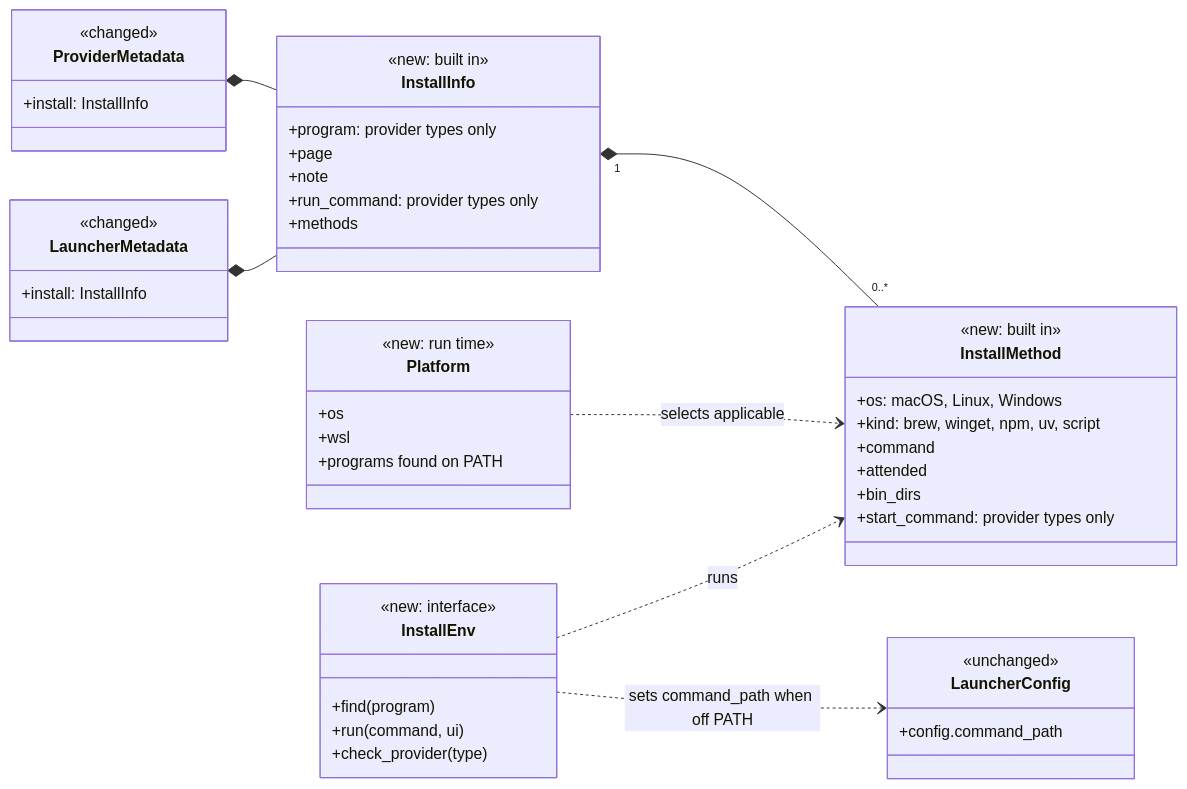
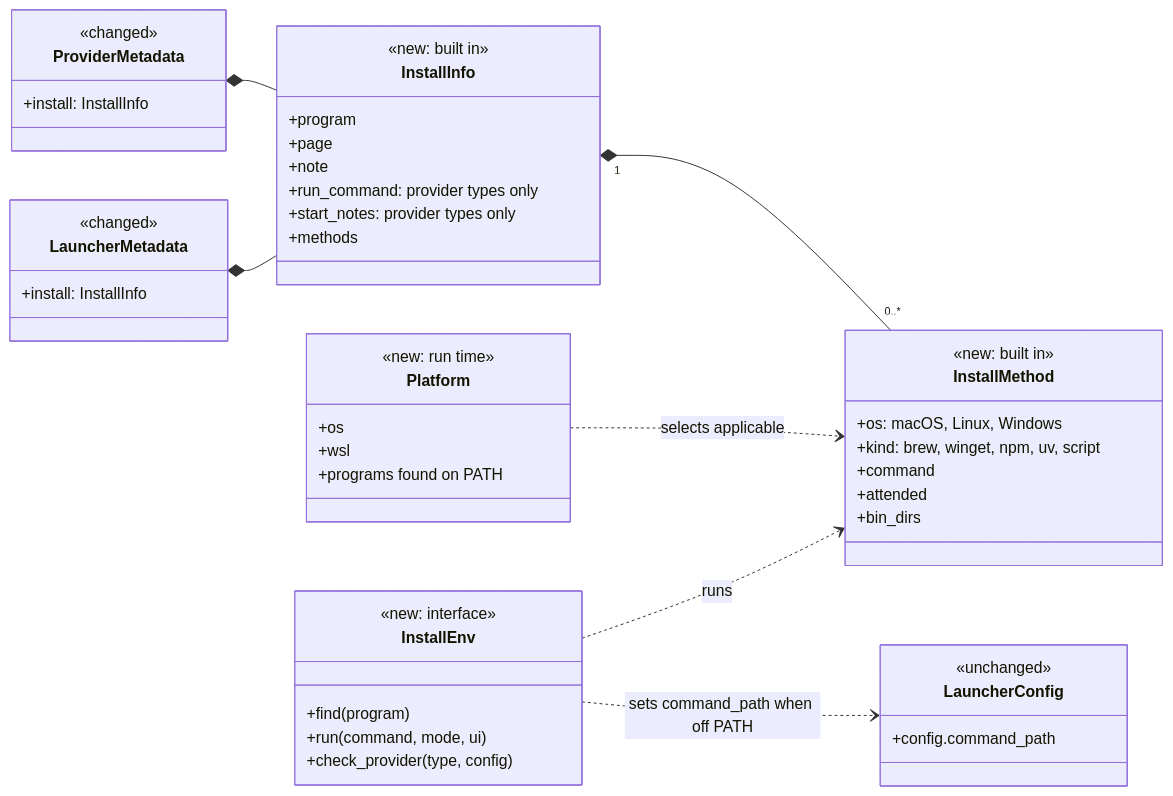
The third of 4 diagrams in docs/specs/0028-from-scratch-setup.md (afrittoli/granite-cli), drawn with Mermaid before and after one commit. The commit also changed other lines of this file, not shown here.

````diff
--- a/docs/specs/0028-from-scratch-setup.md
+++ b/docs/specs/0028-from-scratch-setup.md
@@ -632,51 +668,51 @@
 ```mermaid
 classDiagram
   direction LR
   class ProviderMetadata {
     <<changed>>
     +install: InstallInfo
   }
   class LauncherMetadata {
     <<changed>>
     +install: InstallInfo
   }
   class InstallInfo {
     <<new: built in>>
-    +program: provider types only
+    +program
     +page
     +note
     +run_command: provider types only
+    +start_notes: provider types only
     +methods
   }
   class InstallMethod {
     <<new: built in>>
     +os: macOS, Linux, Windows
     +kind: brew, winget, npm, uv, script
     +command
     +attended
     +bin_dirs
-    +start_command: provider types only
   }
   class Platform {
     <<new: run time>>
     +os
     +wsl
     +programs found on PATH
   }
   class InstallEnv {
     <<new: interface>>
     +find(program)
-    +run(command, ui)
-    +check_provider(type)
+    +run(command, mode, ui)
+    +check_provider(type, config)
   }
   class LauncherConfig {
     <<unchanged>>
     +config.command_path
   }
   ProviderMetadata *-- InstallInfo
   LauncherMetadata *-- InstallInfo
   InstallInfo "1" *-- "0..*" InstallMethod
   Platform ..> InstallMethod : selects applicable
   InstallEnv ..> InstallMethod : runs
   InstallEnv ..> LauncherConfig : sets command_path when off PATH
 ```
````
